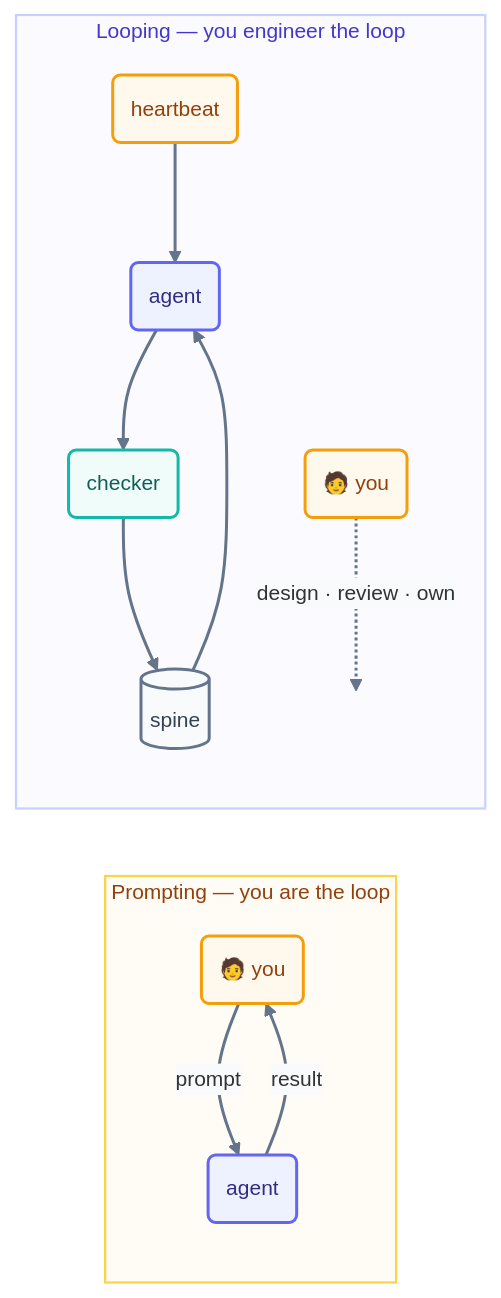
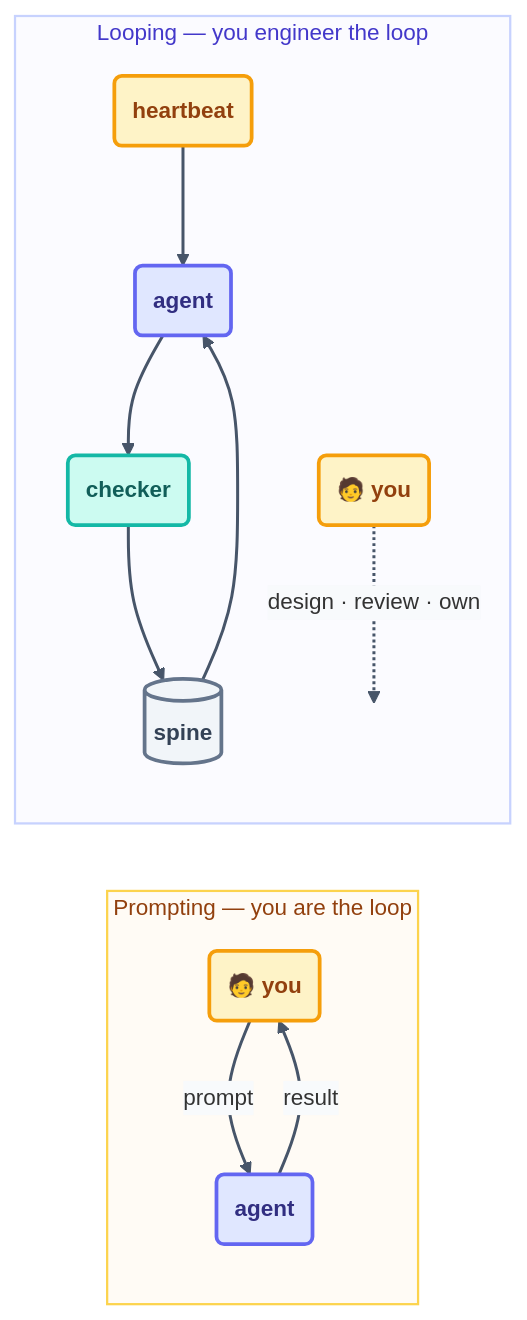
One commit to ayeshakhalid192007-dev/LoopEngineering-CrashCourse changed the diagram in docs/03-part-1-the-shift/01-from-prompting-to-looping.md. Above: the diagram before and after it, drawn with Mermaid. The commit also changed 66 other files, not shown here.

First line of the commit message:
docs(diagrams): visibly bolder pass — deeper fills, heavier strokes, semibold labels

````diff
--- a/docs/03-part-1-the-shift/01-from-prompting-to-looping.md
+++ b/docs/03-part-1-the-shift/01-from-prompting-to-looping.md
@@ -40,22 +40,22 @@
 ```mermaid
-%%{init: {'theme':'base','themeVariables':{'fontFamily':'ui-sans-serif, system-ui, sans-serif','fontSize':'14px','lineColor':'#64748b','edgeLabelBackground':'#f8fafc'},'flowchart':{'curve':'basis','nodeSpacing':45,'rankSpacing':55,'padding':12}}}%%
+%%{init: {'theme':'base','themeVariables':{'fontFamily':'ui-sans-serif, system-ui, sans-serif','fontSize':'15px','lineColor':'#475569','edgeLabelBackground':'#f8fafc'},'flowchart':{'curve':'basis','nodeSpacing':45,'rankSpacing':55,'padding':12}}}%%
 flowchart LR
     subgraph HAND ["Prompting — you are the loop"]
       U("🧑 you"):::human -->|prompt| A1("agent"):::agent -->|result| U
     end
     subgraph ENG ["Looping — you engineer the loop"]
       HB("heartbeat"):::time --> A2("agent"):::agent
       SP[("spine")]:::file --> A2
       A2 --> CK("checker"):::check --> SP
       U2("🧑 you"):::human -.->|"design · review · own"| ENG2(" "):::ghost
     end
-    linkStyle default stroke:#64748b,stroke-width:2px;
-    classDef human fill:#fef9ec,stroke:#f59e0b,stroke-width:2px,color:#92400e;
-    classDef agent fill:#eef2ff,stroke:#6366f1,stroke-width:2px,color:#312e81;
-    classDef time fill:#fef9ec,stroke:#f59e0b,stroke-width:2px,color:#92400e;
-    classDef file fill:#f8fafc,stroke:#64748b,stroke-width:2px,color:#334155;
-    classDef check fill:#effcf9,stroke:#14b8a6,stroke-width:2px,color:#115e59;
+    linkStyle default stroke:#475569,stroke-width:2px;
+    classDef human fill:#fef3c7,stroke:#f59e0b,stroke-width:2.5px,color:#92400e,font-weight:600;
+    classDef agent fill:#e0e7ff,stroke:#6366f1,stroke-width:2.5px,color:#312e81,font-weight:600;
+    classDef time fill:#fef3c7,stroke:#f59e0b,stroke-width:2.5px,color:#92400e,font-weight:600;
+    classDef file fill:#f1f5f9,stroke:#64748b,stroke-width:2.5px,color:#334155,font-weight:600;
+    classDef check fill:#ccfbf1,stroke:#14b8a6,stroke-width:2.5px,color:#115e59,font-weight:600;
     classDef ghost fill:#ffffff00,stroke:#ffffff00;
     style HAND fill:#fffbf5,stroke:#fcd34d,stroke-width:1.5px,color:#92400e;
     style ENG fill:#fbfbff,stroke:#c7d2fe,stroke-width:1.5px,color:#4338ca;
 ```
````
